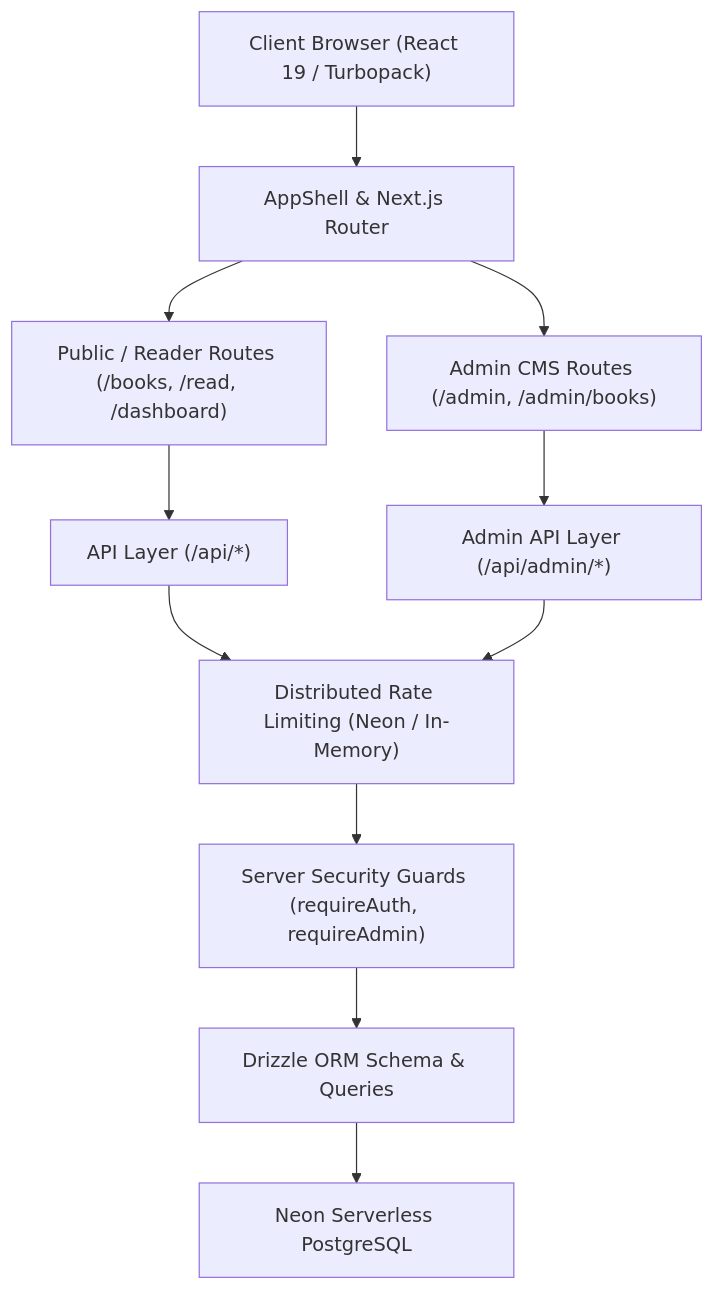
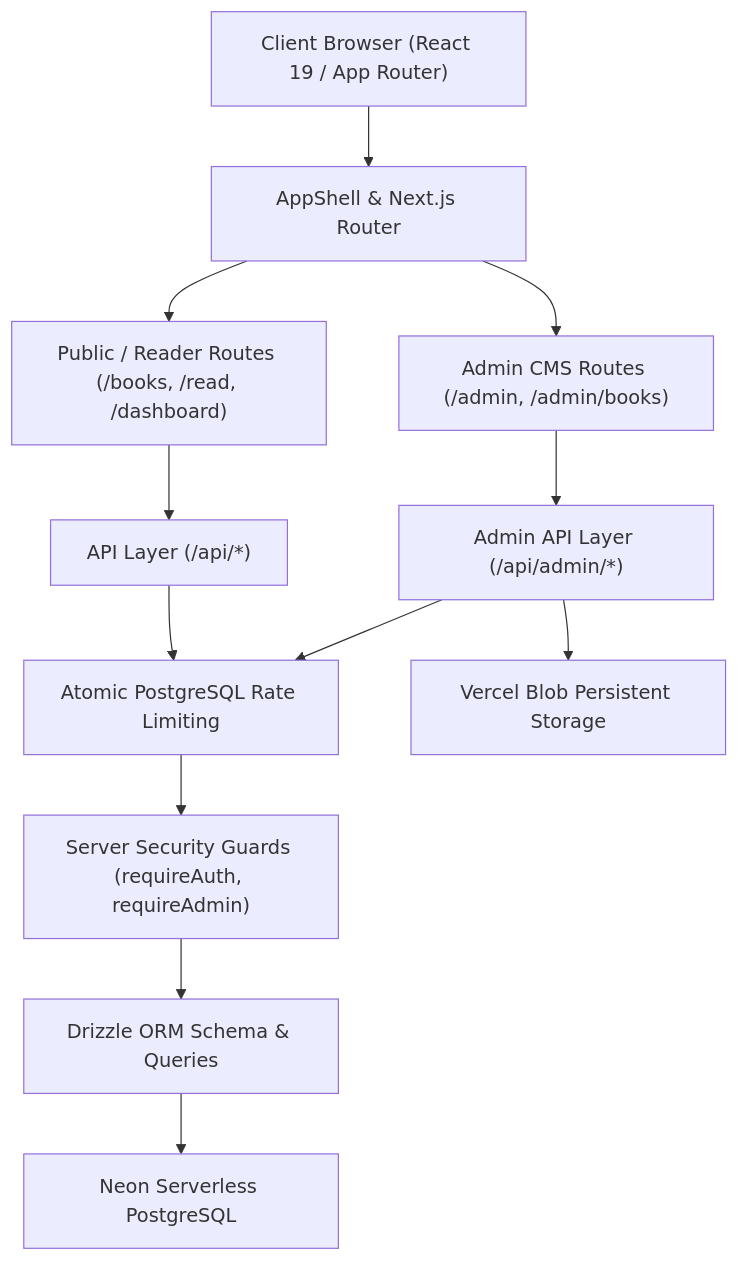
The diagram in README.md (Ravikiran9988/axly-books), drawn with Mermaid before and after one commit. The commit also changed other lines of this file, not shown here.

Commit message:
docs: update README with Vercel Blob storage, deployment runbook, and security guidelines

````diff
--- a/README.md
+++ b/README.md
@@ -38,16 +40,17 @@
 ```mermaid
 graph TD
-    Client["Client Browser (React 19 / Turbopack)"] --> AppShell["AppShell & Next.js Router"]
+    Client["Client Browser (React 19 / App Router)"] --> AppShell["AppShell & Next.js Router"]
     AppShell --> PublicRoutes["Public / Reader Routes (/books, /read, /dashboard)"]
     AppShell --> AdminRoutes["Admin CMS Routes (/admin, /admin/books)"]
     
     PublicRoutes --> API["API Layer (/api/*)"]
     AdminRoutes --> AdminAPI["Admin API Layer (/api/admin/*)"]
     
-    API --> RateLimit["Distributed Rate Limiting (Neon / In-Memory)"]
+    API --> RateLimit["Atomic PostgreSQL Rate Limiting"]
     AdminAPI --> RateLimit
     
     RateLimit --> AuthGuard["Server Security Guards (requireAuth, requireAdmin)"]
     AuthGuard --> DrizzleORM["Drizzle ORM Schema & Queries"]
     DrizzleORM --> NeonDB["Neon Serverless PostgreSQL"]
+    AdminAPI --> ObjectStorage["Vercel Blob Persistent Storage"]
 ```
````
